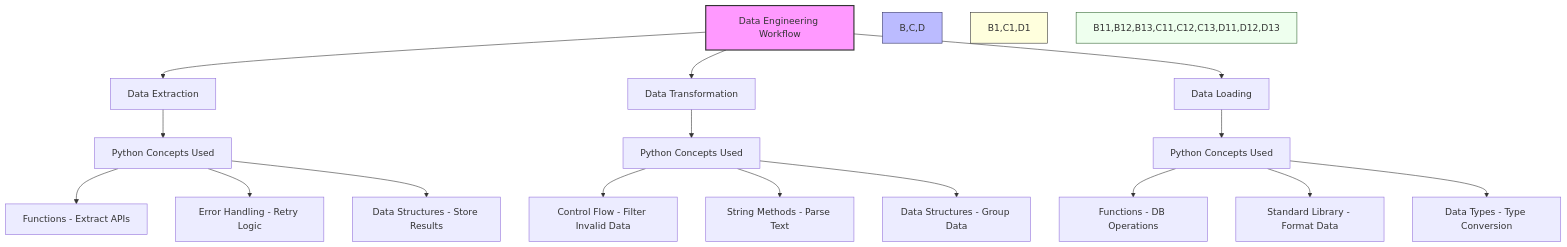
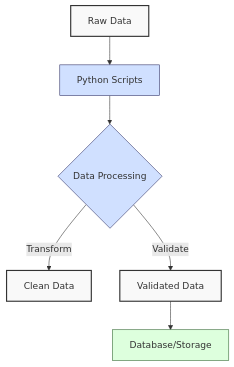
One commit to wahidyankf/oss changed the diagram in apps-standalone/ayokoding-web/content/en/learn/software-engineering/onboardings/hijra-data-engineering/ch01-python-core-language-essentials/_index.md. Above: the diagram before and after it, drawn with Mermaid. The commit also changed other lines of this file, not shown here.

````diff
--- a/apps-standalone/ayokoding-web/content/en/learn/software-engineering/onboardings/hijra-data-engineering/ch01-python-core-language-essentials/_index.md
+++ b/apps-standalone/ayokoding-web/content/en/learn/software-engineering/onboardings/hijra-data-engineering/ch01-python-core-language-essentials/_index.md
@@ -21,26 +20,16 @@
 ```mermaid
 flowchart TD
-    A[Data Engineering Workflow] --> B[Data Extraction]
-    A --> C[Data Transformation]
-    A --> D[Data Loading]
+    A[Raw Data] --> B[Python Scripts]
+    B --> C{Data Processing}
+    C -->|Transform| D[Clean Data]
+    C -->|Validate| E[Validated Data]
+    E --> F[Database/Storage]
 
-    B --> B1[Python Concepts Used]
-    B1 --> B11[Functions - Extract APIs]
-    B1 --> B12[Error Handling - Retry Logic]
-    B1 --> B13[Data Structures - Store Results]
+    classDef data fill:#f9f9f9,stroke:#333,stroke-width:2px
+    classDef process fill:#d0e0ff,stroke:#336,stroke-width:1px
+    classDef storage fill:#ddffdd,stroke:#363,stroke-width:1px
 
-    C --> C1[Python Concepts Used]
-    C1 --> C11[Control Flow - Filter Invalid Data]
-    C1 --> C12[String Methods - Parse Text]
-    C1 --> C13[Data Structures - Group Data]
-
-    D --> D1[Python Concepts Used]
-    D1 --> D11[Functions - DB Operations]
-    D1 --> D12[Standard Library - Format Data]
-    D1 --> D13[Data Types - Type Conversion]
-
-    style A fill:#f9f,stroke:#333,stroke-width:2px
-    style B,C,D fill:#bbf,stroke:#336,stroke-width:1px
-    style B1,C1,D1 fill:#ffd,stroke:#333,stroke-width:1px
-    style B11,B12,B13,C11,C12,C13,D11,D12,D13 fill:#efe,stroke:#363,stroke-width:1px
+    class A,D,E data
+    class B,C process
+    class F storage
 ```
````
